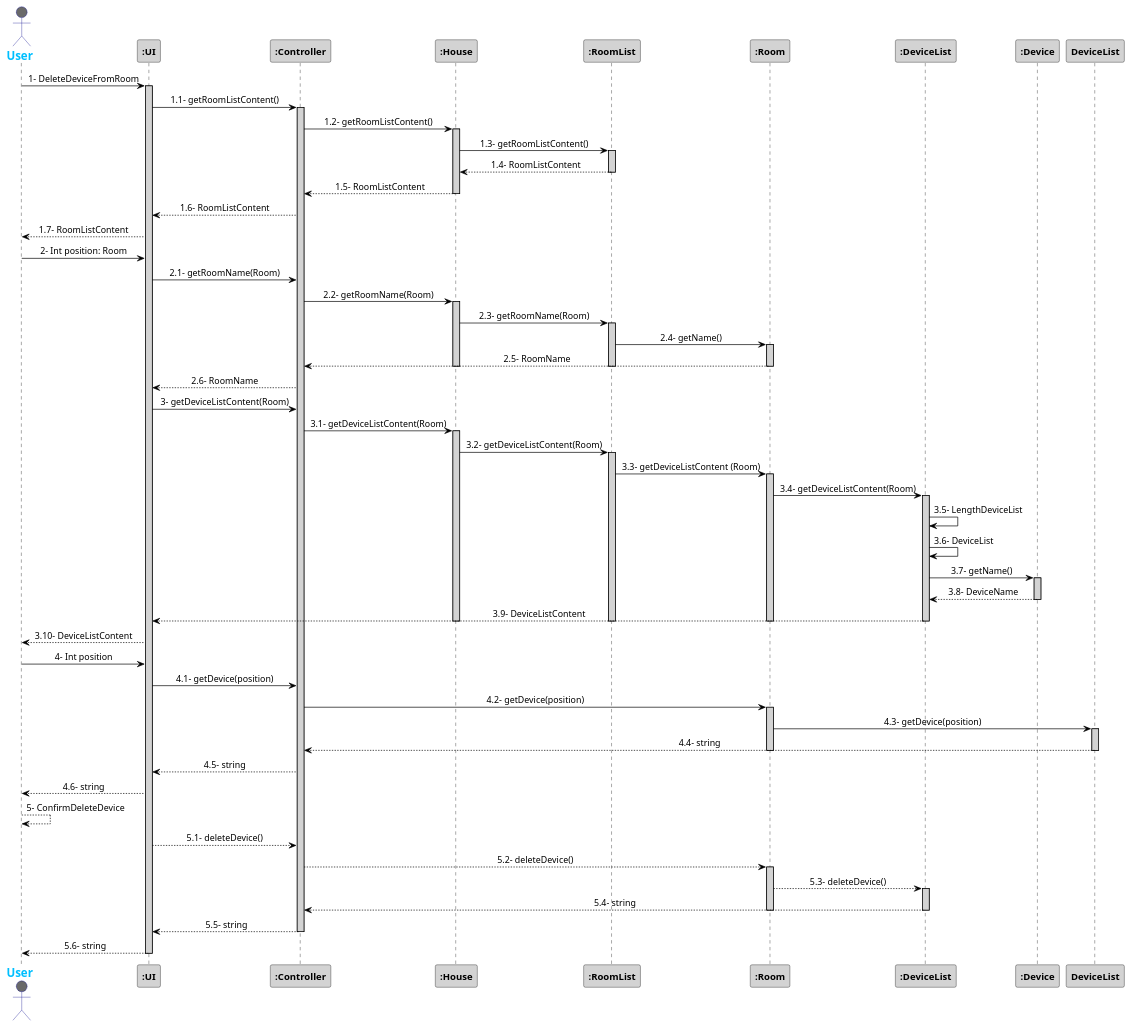
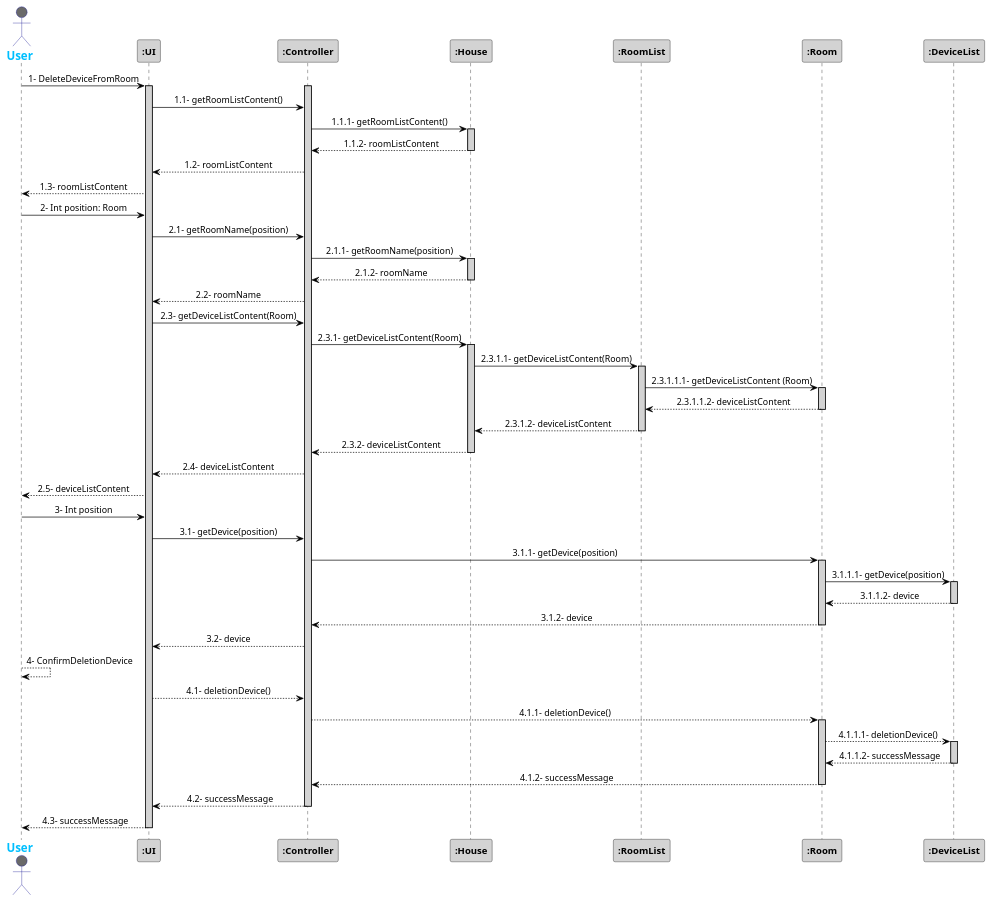
One commit to 1181687/hateoasToy changed the diagram in src/Docs/Sprint3/DeleteDeviceFromRoom.puml. Above: the diagram before and after it, drawn with PlantUML. The commit also changed other lines of this file and 2 other files, not shown here.

Commit message:
Changes to Sequence Diagrams

```diff
--- a/src/Docs/Sprint3/DeleteDeviceFromRoom.puml
+++ b/src/Docs/Sprint3/DeleteDeviceFromRoom.puml
@@ -1,101 +1,87 @@
 @startuml
 skinparam sequenceMessageAlign center
 skinparam sequence {
 	ArrowColor Black
 	ActorBorderColor DarkBlue
 	LifeLineBorderColor black
 	LifeLineBackgroundColor LightGrey
 
 	ParticipantBorderColor Black
 	ParticipantBackgroundColor LightGrey
 	ParticipantFontStyle Bold
 
 	ActorBackgroundColor DimGrey
 	ActorFontColor DeepSkyBlue
 	ActorFontStyle Bold
 	ActorFontSize 17
 	ActorFontName Aapex
 }
 
 actor User
 User -> ":UI": 1- DeleteDeviceFromRoom
 activate ":UI"
+activate ":Controller"
 ":UI" -> ":Controller": 1.1- getRoomListContent()
-activate ":Controller"
-":Controller" -> ":House": 1.2- getRoomListContent()
+":Controller" -> ":House": 1.1.1- getRoomListContent()
 activate ":House"
-":House" -> ":RoomList": 1.3- getRoomListContent()
-activate ":RoomList"
-":House" <-- ":RoomList": 1.4- RoomListContent
-deactivate ":RoomList"
-":Controller" <-- ":House": 1.5- RoomListContent
+
+":Controller" <-- ":House": 1.1.2- roomListContent
 deactivate ":House"
-":UI" <-- ":Controller": 1.6- RoomListContent
-User <-- ":UI": 1.7- RoomListContent
+":UI" <-- ":Controller": 1.2- roomListContent
+User <-- ":UI": 1.3- roomListContent
 
 User -> ":UI": 2- Int position: Room
-":UI" -> ":Controller": 2.1- getRoomName(Room)
-":Controller" -> ":House": 2.2- getRoomName(Room)
+":UI" -> ":Controller": 2.1- getRoomName(position)
+":Controller" -> ":House": 2.1.1- getRoomName(position)
 activate ":House"
-":House" -> ":RoomList": 2.3- getRoomName(Room)
-activate ":RoomList"
-":RoomList" -> ":Room": 2.4- getName()
-activate ":Room"
-":Controller" <-- ":Room": 2.5- RoomName
-deactivate ":Room"
-deactivate ":RoomList"
+":Controller" <-- ":House": 2.1.2- roomName
 deactivate ":House"
-":UI" <-- ":Controller": 2.6- RoomName
+":UI" <-- ":Controller": 2.2- roomName
 
 
 
-":UI" -> ":Controller": 3- getDeviceListContent(Room)
-":Controller" -> ":House": 3.1- getDeviceListContent(Room)
+":UI" -> ":Controller": 2.3- getDeviceListContent(Room)
+":Controller" -> ":House": 2.3.1- getDeviceListContent(Room)
 activate ":House"
-":House" -> ":RoomList": 3.2- getDeviceListContent(Room)
+":House" -> ":RoomList": 2.3.1.1- getDeviceListContent(Room)
 activate ":RoomList"
-":RoomList" -> ":Room": 3.3- getDeviceListContent (Room)
+":RoomList" -> ":Room": 2.3.1.1.1- getDeviceListContent (Room)
 activate ":Room"
-":Room" -> ":DeviceList": 3.4- getDeviceListContent(Room)
+":RoomList" <-- ":Room": 2.3.1.1.2- deviceListContent
+deactivate ":Room"
+":House" <-- ":RoomList":  2.3.1.2- deviceListContent
+deactivate ":RoomList"
+":Controller" <-- ":House": 2.3.2- deviceListContent
+deactivate ":House"
+":UI" <-- ":Controller": 2.4- deviceListContent
+User <-- ":UI": 2.5- deviceListContent
+
+User -> ":UI": 3- Int position
+":UI" -> ":Controller": 3.1- getDevice(position)
+":Controller" -> ":Room": 3.1.1- getDevice(position)
+activate ":Room"
+":Room" -> ":DeviceList": 3.1.1.1- getDevice(position)
 activate ":DeviceList"
-":DeviceList" -> ":DeviceList": 3.5- LengthDeviceList
-":DeviceList" -> ":DeviceList": 3.6- DeviceList
-":DeviceList" -> ":Device": 3.7- getName()
-activate ":Device"
-":DeviceList" <-- ":Device": 3.8- DeviceName
-deactivate ":Device"
-":UI" <-- ":DeviceList": 3.9- DeviceListContent
+":Room" <-- ":DeviceList": 3.1.1.2- device
 deactivate ":DeviceList"
+":Controller" <-- ":Room": 3.1.2- device
 deactivate ":Room"
-deactivate ":RoomList"
-deactivate ":House"
-User <-- ":UI": 3.10- DeviceListContent
+":UI" <-- ":Controller": 3.2- device
 
-User -> ":UI": 4- Int position
-":UI" -> ":Controller": 4.1- getDevice(position)
-":Controller" -> ":Room": 4.2- getDevice(position)
+
+User --> User: 4- ConfirmDeletionDevice
+":UI" --> ":Controller": 4.1- deletionDevice()
+":Controller" --> ":Room": 4.1.1- deletionDevice()
 activate ":Room"
-":Room" -> DeviceList: 4.3- getDevice(position)
-activate DeviceList
-":Controller" <-- DeviceList: 4.4- string
-deactivate DeviceList
+":Room" --> ":DeviceList": 4.1.1.1- deletionDevice()
+activate ":DeviceList"
+":Room" <-- ":DeviceList": 4.1.1.2- successMessage
+deactivate ":DeviceList"
+":Controller" <-- ":Room": 4.1.2- successMessage
 deactivate ":Room"
-
-":UI" <-- ":Controller": 4.5- string
-User <-- ":UI": 4.6- string
-
-User --> User: 5- ConfirmDeleteDevice
-":UI" --> ":Controller": 5.1- deleteDevice()
-":Controller" --> ":Room": 5.2- deleteDevice()
-activate ":Room"
-":Room" --> ":DeviceList": 5.3- deleteDevice()
-activate ":DeviceList"
-":Controller" <-- ":DeviceList": 5.4- string
-deactivate ":DeviceList"
-deactivate ":Room"
-":UI" <-- ":Controller": 5.5- string
+":UI" <-- ":Controller": 4.2- successMessage
 deactivate ":Controller"
-User <-- ":UI": 5.6- string
+User <-- ":UI": 4.3- successMessage
 deactivate ":UI"
 
 @enduml
```
